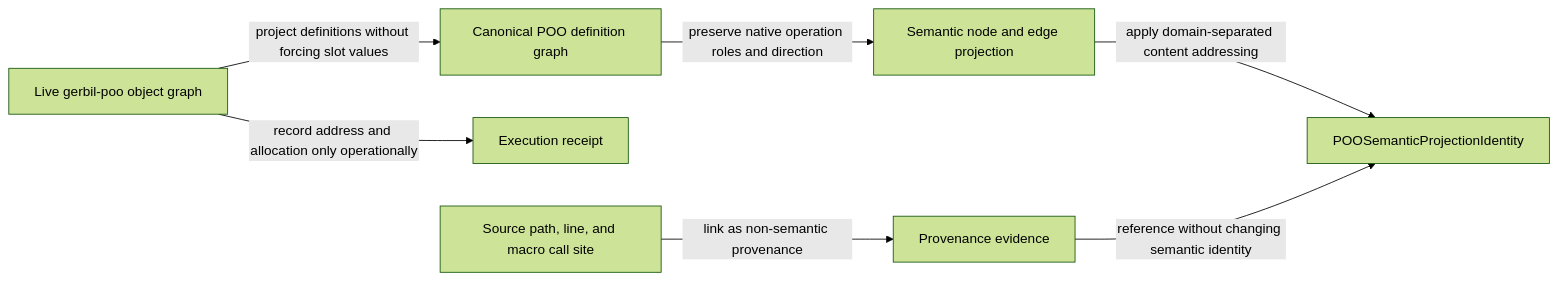
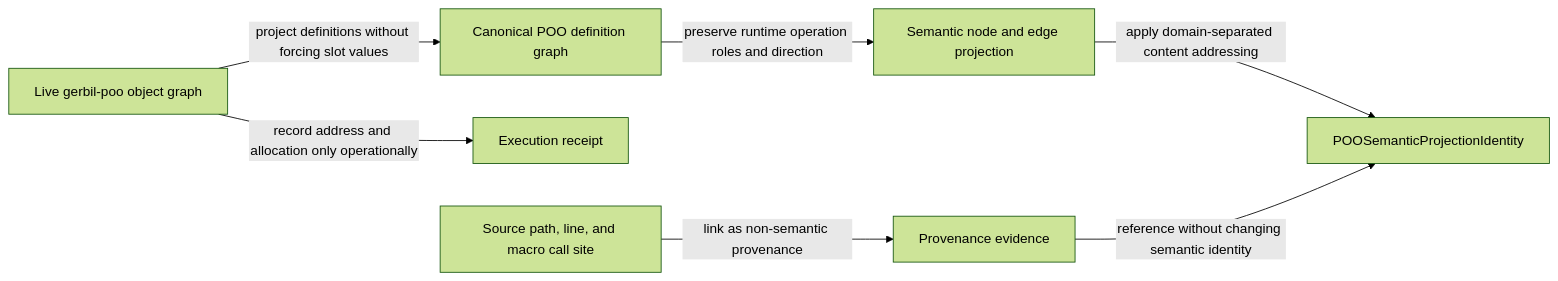
The first of 3 diagrams in module-system/design/45-45-canonical-poo-composition-root-and-definition-graph-identity.org (tao3k/gebril-yuanxu), drawn with Mermaid (forest theme) before and after one commit. The commit also changed other lines of this file and 1469 other files, not shown here.

```diff
--- a/module-system/design/45-45-canonical-poo-composition-root-and-definition-graph-identity.org
+++ b/module-system/design/45-45-canonical-poo-composition-root-and-definition-graph-identity.org
@@ -53,9 +53,9 @@
 #+begin_src mermaid
 flowchart LR
     R["Live gerbil-poo object graph"] -->|"project definitions without forcing slot values"| P["Canonical POO definition graph"]
-    P -->|"preserve native operation roles and direction"| N["Semantic node and edge projection"]
+    P -->|"preserve runtime operation roles and direction"| N["Semantic node and edge projection"]
     N -->|"apply domain-separated content addressing"| I["POOSemanticProjectionIdentity"]
     R -->|"record address and allocation only operationally"| O["Execution receipt"]
     S["Source path, line, and macro call site"] -->|"link as non-semantic provenance"| E["Provenance evidence"]
     E -->|"reference without changing semantic identity"| I
 #+end_src
```
